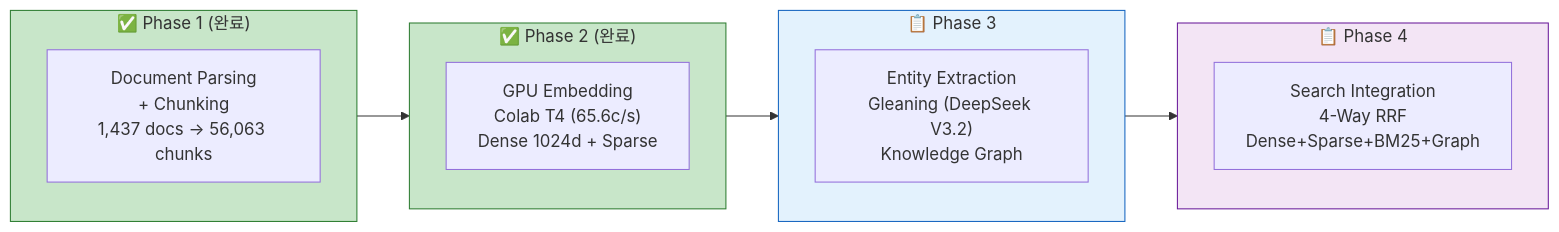
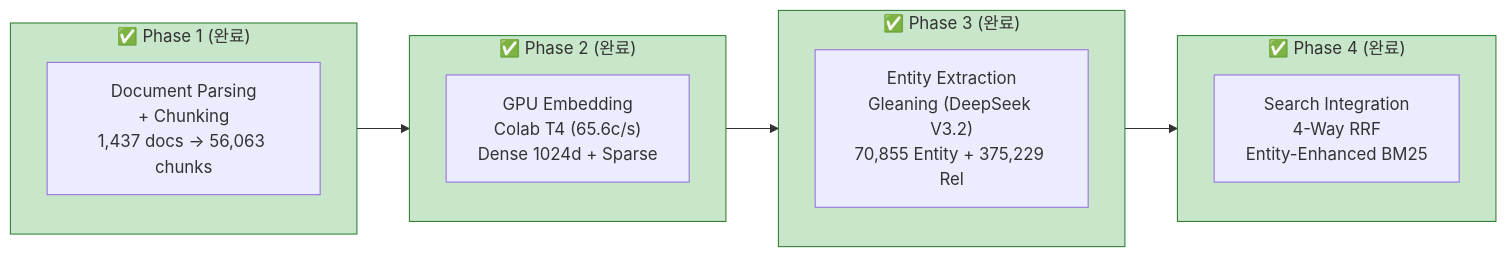
One commit to k82022603/hybrid-rag-knowledge-ops changed diagram 11 of 11 in knowledge_service/docs/07_maintenance/28_etl_phase1_final_report.md. Above: the diagram before and after it, drawn with Mermaid. The commit also changed other lines of this file and 1 other file, not shown here.

Commit message:
[DOCS] Neo4j-ES Graph Search 통합 장애 보고서 + Phase 1 보고서 현행화
- INC-2026-02-15-002: Graph 채널 RRF 0% 기여 문제 분석 및 해결 기록
- 4회 반복 시도 과정, Entity-Enhanced BM25 해결 방안 문서화
- ETL Phase 1 보고서: Phase 3/4 완료 상태 반영

````diff
--- a/knowledge_service/docs/07_maintenance/28_etl_phase1_final_report.md
+++ b/knowledge_service/docs/07_maintenance/28_etl_phase1_final_report.md
@@ -383,25 +383,25 @@
 ```mermaid
 flowchart LR
     subgraph Done["✅ Phase 1 (완료)"]
         P1["Document Parsing<br/>+ Chunking<br/>1,437 docs → 56,063 chunks"]
     end
 
     subgraph Next["✅ Phase 2 (완료)"]
         P2["GPU Embedding<br/>Colab T4 (65.6c/s)<br/>Dense 1024d + Sparse"]
     end
 
-    subgraph Future1["📋 Phase 3"]
-        P3["Entity Extraction<br/>Gleaning (DeepSeek V3.2)<br/>Knowledge Graph"]
+    subgraph Future1["✅ Phase 3 (완료)"]
+        P3["Entity Extraction<br/>Gleaning (DeepSeek V3.2)<br/>70,855 Entity + 375,229 Rel"]
     end
 
-    subgraph Future2["📋 Phase 4"]
-        P4["Search Integration<br/>4-Way RRF<br/>Dense+Sparse+BM25+Graph"]
+    subgraph Future2["✅ Phase 4 (완료)"]
+        P4["Search Integration<br/>4-Way RRF<br/>Entity-Enhanced BM25"]
     end
 
     Done --> Next --> Future1 --> Future2
 
     style Done fill:#c8e6c9,stroke:#2e7d32
     style Next fill:#c8e6c9,stroke:#2e7d32
-    style Future1 fill:#e3f2fd,stroke:#1565c0
-    style Future2 fill:#f3e5f5,stroke:#6a1b9a
+    style Future1 fill:#c8e6c9,stroke:#2e7d32
+    style Future2 fill:#c8e6c9,stroke:#2e7d32
 ```
````
